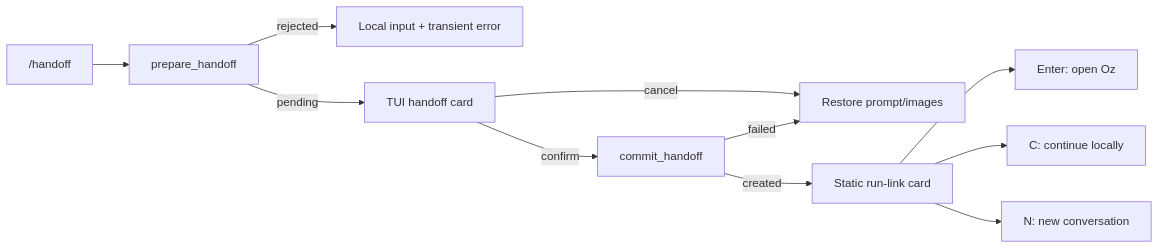
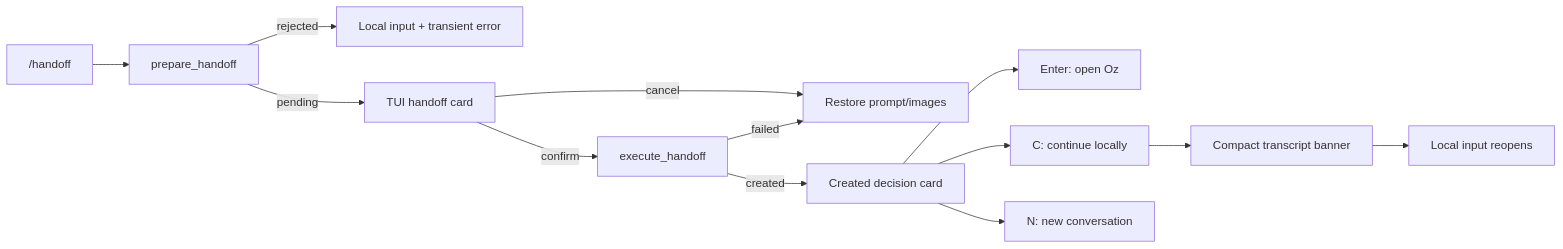
Before and after one commit to masyanru/panefleet: the diagram in specs/CODE-1827/TECH.md, drawn with Mermaid. The commit also changed other lines of this file and 9 other files, not shown here.

````diff
--- a/specs/CODE-1827/TECH.md
+++ b/specs/CODE-1827/TECH.md
@@ -121,13 +122,15 @@
 ```mermaid
 flowchart LR
   Submit["/handoff"] --> Prepare["prepare_handoff"]
   Prepare -->|rejected| Input["Local input + transient error"]
   Prepare -->|pending| Card["TUI handoff card"]
   Card -->|cancel| Restore["Restore prompt/images"]
-  Card -->|confirm| Commit["commit_handoff"]
+  Card -->|confirm| Commit["execute_handoff"]
   Commit -->|failed| Restore
-  Commit -->|created| Static["Static run-link card"]
-  Static --> Browser["Enter: open Oz"]
-  Static --> Local["C: continue locally"]
-  Static --> New["N: new conversation"]
+  Commit -->|created| Created["Created decision card"]
+  Created --> Browser["Enter: open Oz"]
+  Created --> Continue["C: continue locally"]
+  Created --> New["N: new conversation"]
+  Continue --> Static["Compact transcript banner"]
+  Static --> Local["Local input reopens"]
 ```
````
